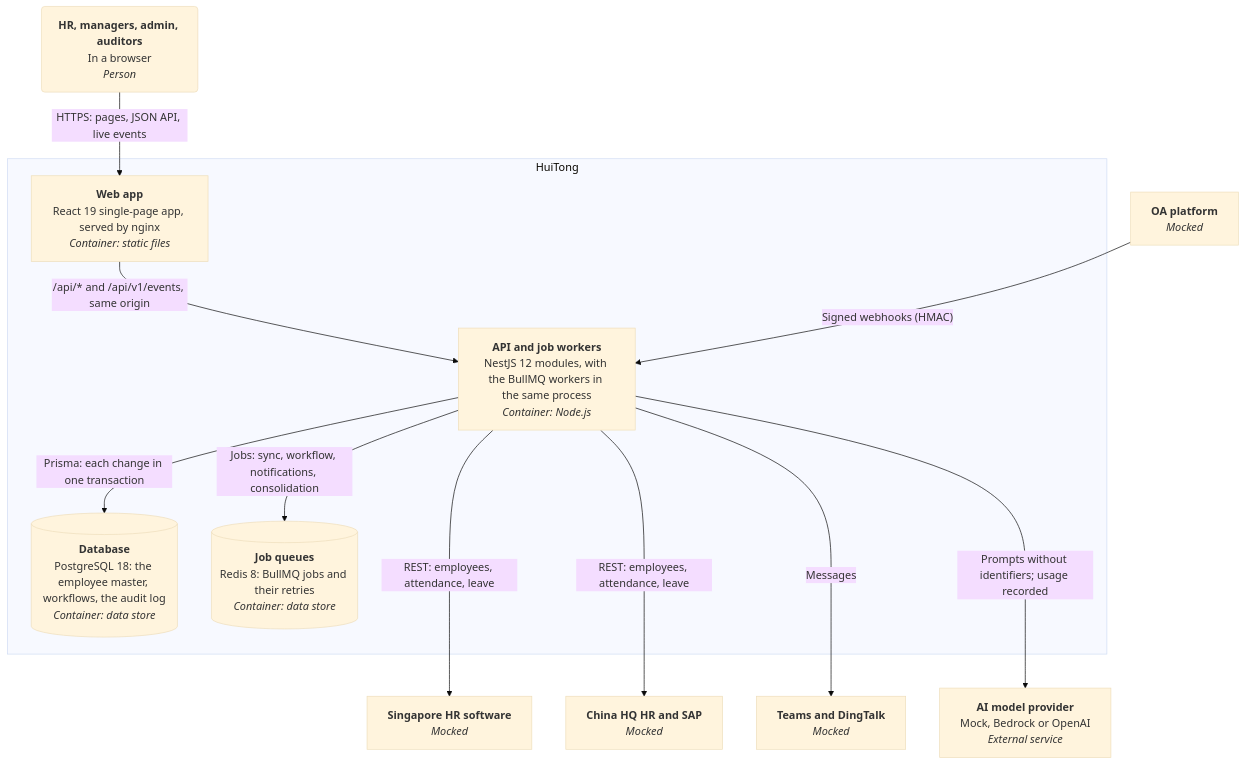
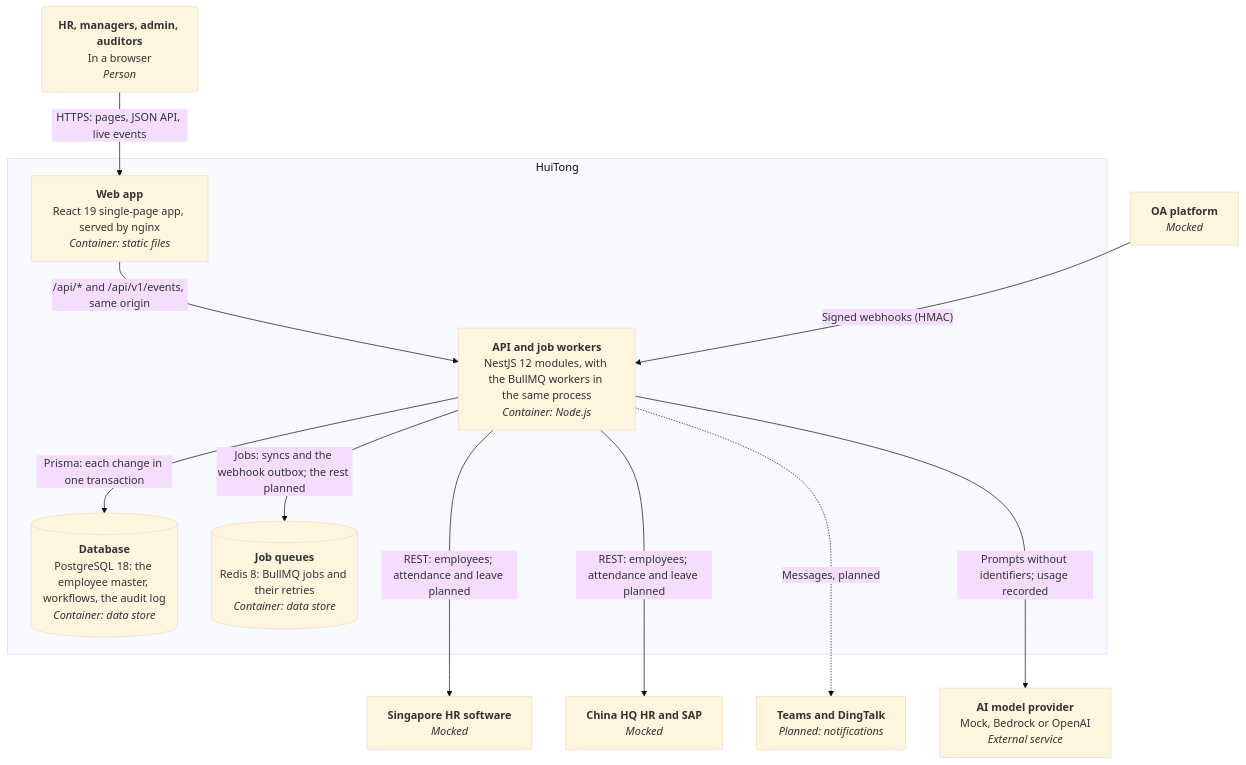
The diagram in docs/diagrams/containers.mmd (xiu2809xiu-rgb/sccci-innovation-project), drawn with Mermaid (base theme) before and after one commit. The commit also changed 9 other files, not shown here.

First line of the commit message:
docs(diagrams): draw planned parts as planned in every diagram

```diff
--- a/docs/diagrams/containers.mmd
+++ b/docs/diagrams/containers.mmd
@@ -1,44 +1,44 @@
 %% C4 level 2, containers: what HuiTong is made of, and what each part talks to.
 flowchart TB
   user("`**HR, managers, admin, auditors**
 In a browser
 _Person_`"):::person
 
   subgraph huitong ["HuiTong"]
     web["`**Web app**
 React 19 single-page app, served by nginx
 _Container: static files_`"]:::container
     api["`**API and job workers**
 NestJS 12 modules, with the BullMQ workers in the same process
 _Container: Node.js_`"]:::container
     db[("`**Database**
 PostgreSQL 18: the employee master, workflows, the audit log
 _Container: data store_`")]:::store
     redis[("`**Job queues**
 Redis 8: BullMQ jobs and their retries
 _Container: data store_`")]:::store
   end
 
   oa["`**OA platform**
 _Mocked_`"]:::mock
   sghr["`**Singapore HR software**
 _Mocked_`"]:::mock
   cnhq["`**China HQ HR and SAP**
 _Mocked_`"]:::mock
   collab["`**Teams and DingTalk**
-_Mocked_`"]:::mock
+_Planned: notifications_`"]:::planned
   ai["`**AI model provider**
 Mock, Bedrock or OpenAI
 _External service_`"]:::external
 
   user -->|"HTTPS: pages, JSON API, live events"| web
   web -->|"/api/* and /api/v1/events, same origin"| api
   api -->|"Prisma: each change in one transaction"| db
-  api -->|"Jobs: sync, workflow, notifications, consolidation"| redis
+  api -->|"Jobs: syncs and the webhook outbox; the rest planned"| redis
   oa -->|"Signed webhooks (HMAC)"| api
-  api --->|"REST: employees, attendance, leave"| sghr
-  api --->|"REST: employees, attendance, leave"| cnhq
-  api --->|"Messages"| collab
+  api --->|"REST: employees; attendance and leave planned"| sghr
+  api --->|"REST: employees; attendance and leave planned"| cnhq
+  api -..->|"Messages, planned"| collab
   api --->|"Prompts without identifiers; usage recorded"| ai
 
   class huitong boundary
```
